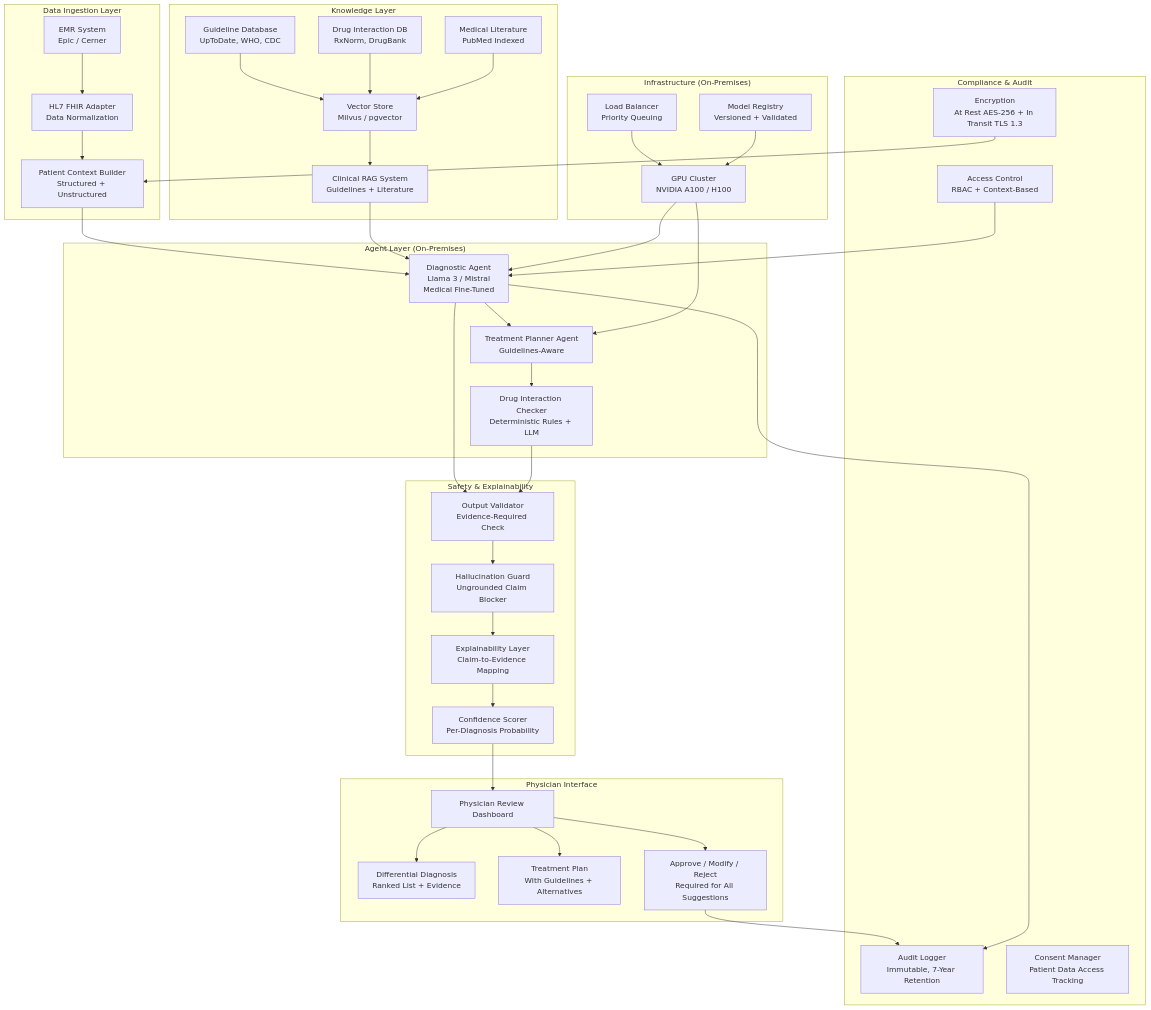
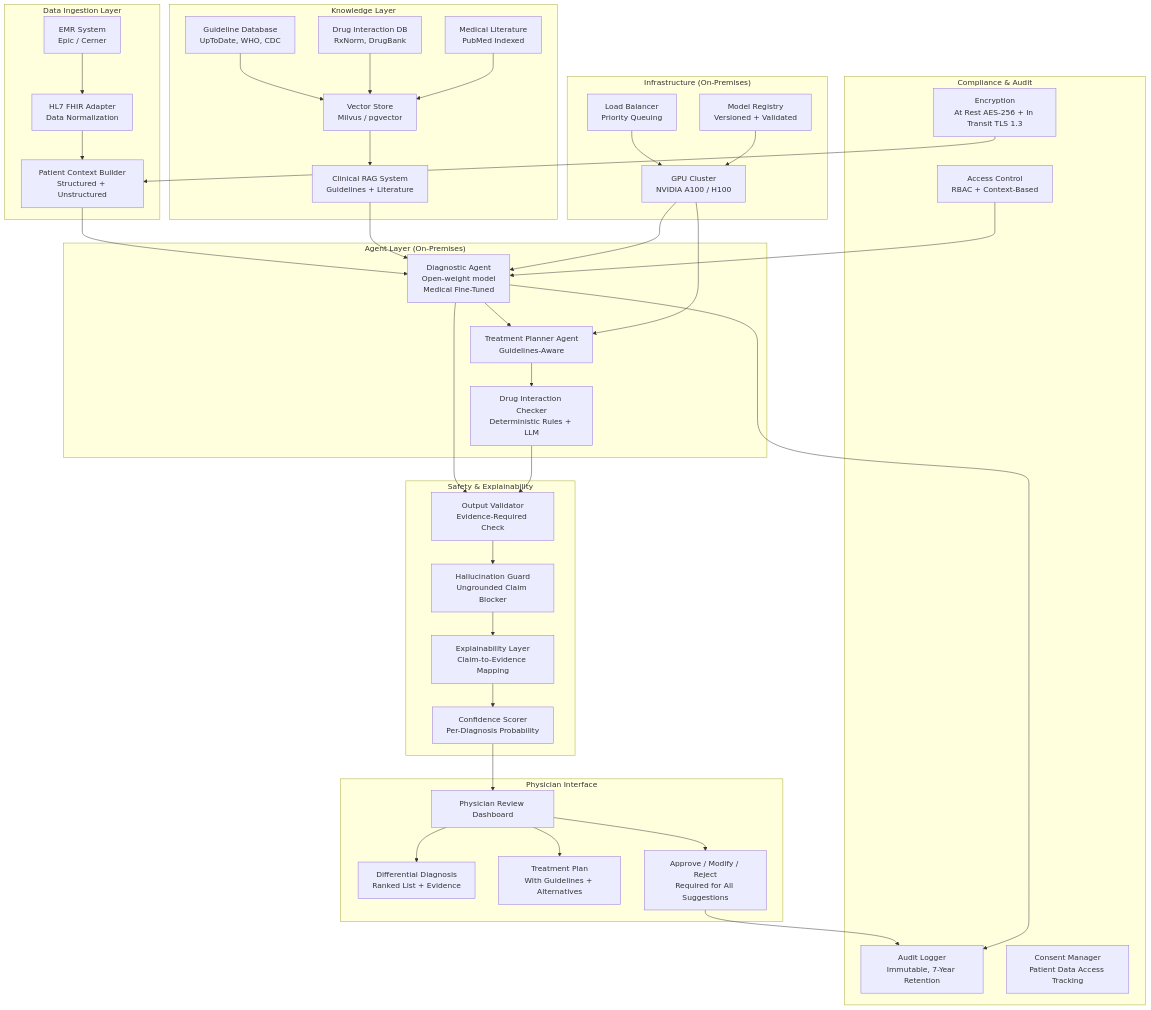
The first of 4 diagrams in docs/architecture-design/healthcare-assistant.md (spawn08/agentic-ai-interview-kit), drawn with Mermaid before and after one commit. The commit also changed other lines of this file and 150 other files, not shown here.

```diff
--- a/docs/architecture-design/healthcare-assistant.md
+++ b/docs/architecture-design/healthcare-assistant.md
@@ -79,7 +80,7 @@
     end
 
     subgraph "Agent Layer (On-Premises)"
-        DiagAgent[Diagnostic Agent<br/>Llama 3 / Mistral<br/>Medical Fine-Tuned]
+        DiagAgent[Diagnostic Agent<br/>Open-weight model<br/>Medical Fine-Tuned]
         TreatAgent[Treatment Planner Agent<br/>Guidelines-Aware]
         DrugCheck[Drug Interaction Checker<br/>Deterministic Rules + LLM]
     end
```
